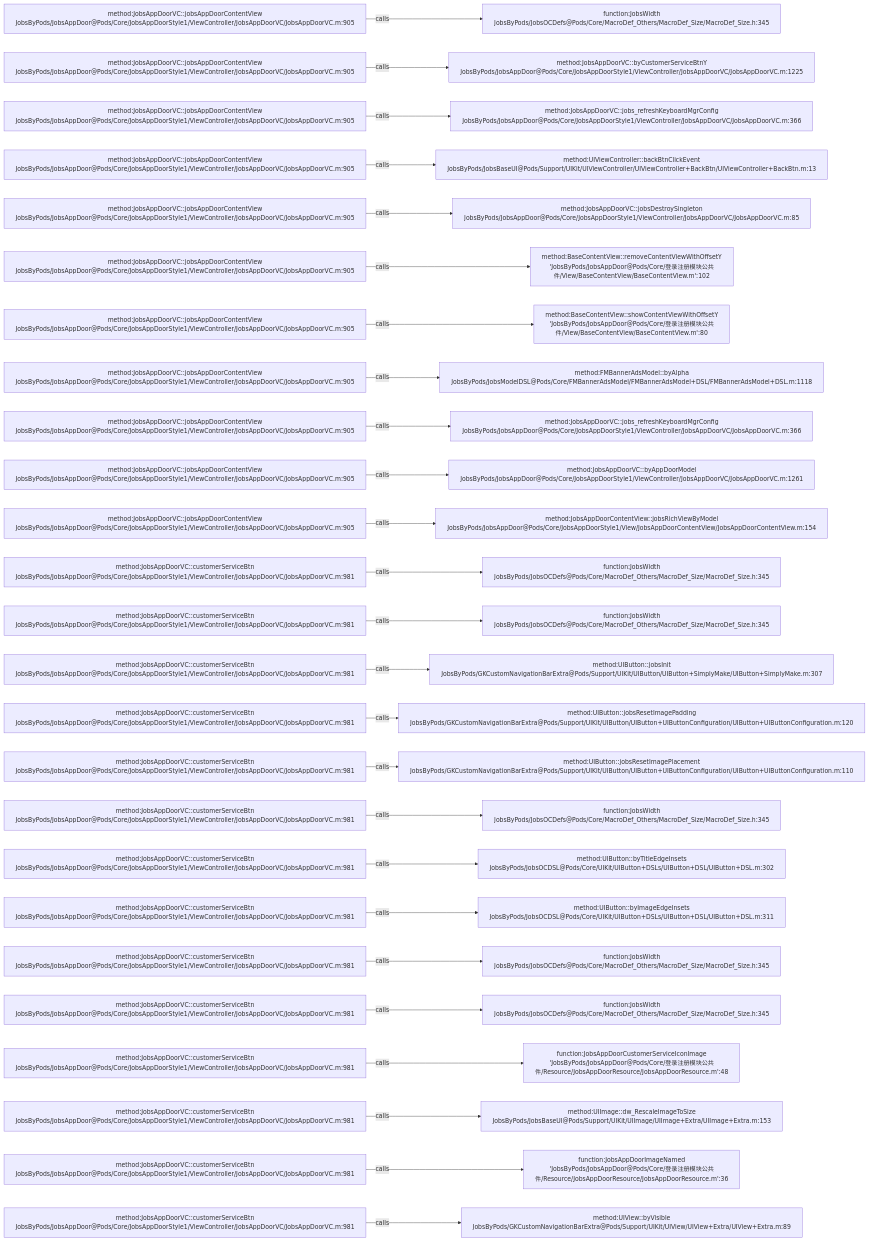
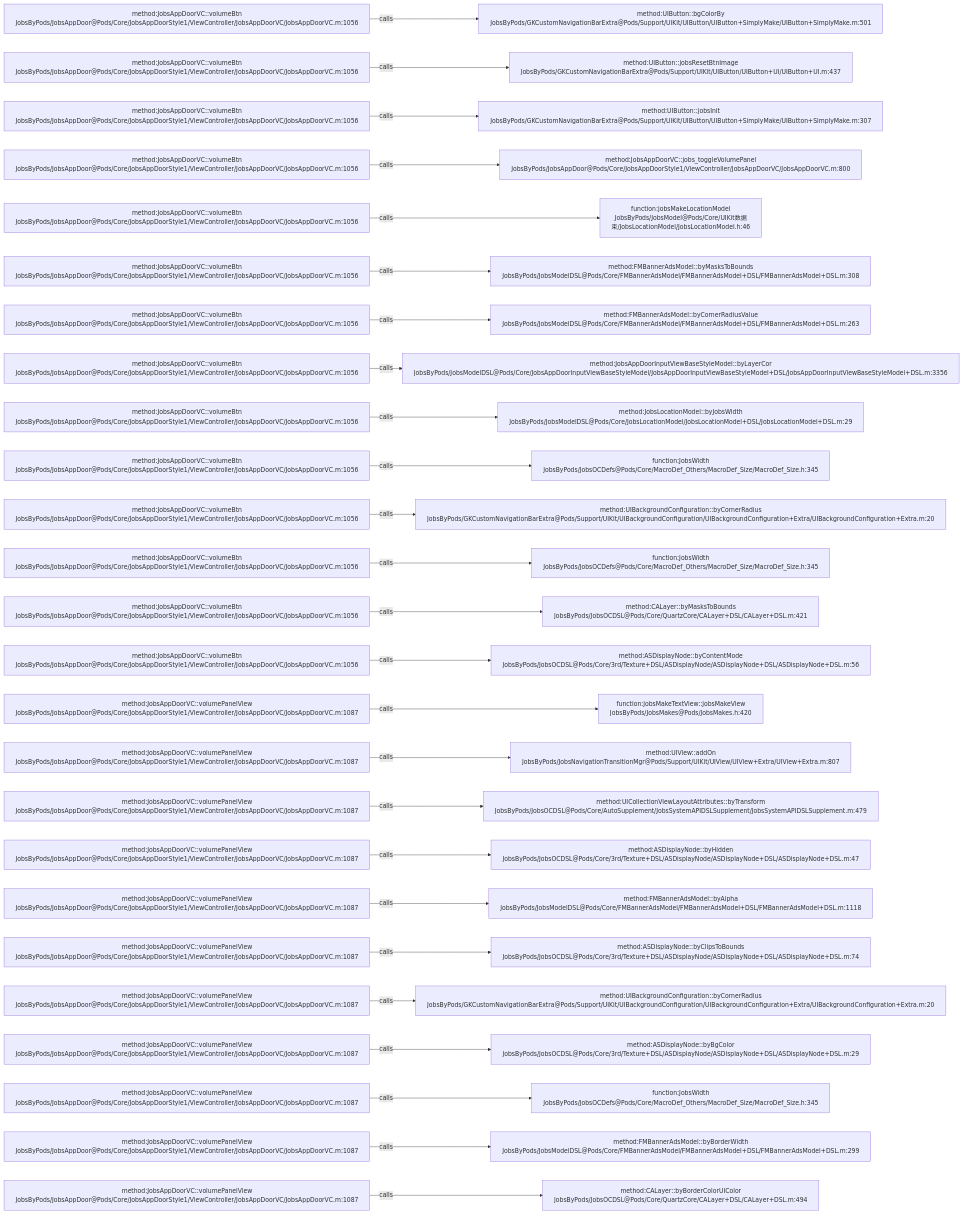
The diagram in .codegraph/codegraph.md/graphs/calls-115.md (JobsKits/JobsOCBaseConfigDemo), drawn with Mermaid before and after one commit. The commit also changed 223 other files, not shown here.

````diff
--- a/.codegraph/codegraph.md/graphs/calls-115.md
+++ b/.codegraph/codegraph.md/graphs/calls-115.md
@@ -13,78 +13,78 @@
 ```mermaid
 flowchart LR
-  S1["method:JobsAppDoorVC::jobsAppDoorContentView<br/>JobsByPods/JobsAppDoor@Pods/Core/JobsAppDoorStyle1/ViewController/JobsAppDoorVC/JobsAppDoorVC.m:905"]
-  T1["function:JobsWidth<br/>JobsByPods/JobsOCDefs@Pods/Core/MacroDef_Others/MacroDef_Size/MacroDef_Size.h:345"]
+  S1["method:JobsAppDoorVC::volumeBtn<br/>JobsByPods/JobsAppDoor@Pods/Core/JobsAppDoorStyle1/ViewController/JobsAppDoorVC/JobsAppDoorVC.m:1056"]
+  T1["method:UIButton::bgColorBy<br/>JobsByPods/GKCustomNavigationBarExtra@Pods/Support/UIKit/UIButton/UIButton+SimplyMake/UIButton+SimplyMake.m:501"]
   S1 -->|calls| T1
-  S2["method:JobsAppDoorVC::jobsAppDoorContentView<br/>JobsByPods/JobsAppDoor@Pods/Core/JobsAppDoorStyle1/ViewController/JobsAppDoorVC/JobsAppDoorVC.m:905"]
-  T2["method:JobsAppDoorVC::byCustomerServiceBtnY<br/>JobsByPods/JobsAppDoor@Pods/Core/JobsAppDoorStyle1/ViewController/JobsAppDoorVC/JobsAppDoorVC.m:1225"]
+  S2["method:JobsAppDoorVC::volumeBtn<br/>JobsByPods/JobsAppDoor@Pods/Core/JobsAppDoorStyle1/ViewController/JobsAppDoorVC/JobsAppDoorVC.m:1056"]
+  T2["method:UIButton::jobsResetBtnImage<br/>JobsByPods/GKCustomNavigationBarExtra@Pods/Support/UIKit/UIButton/UIButton+UI/UIButton+UI.m:437"]
   S2 -->|calls| T2
-  S3["method:JobsAppDoorVC::jobsAppDoorContentView<br/>JobsByPods/JobsAppDoor@Pods/Core/JobsAppDoorStyle1/ViewController/JobsAppDoorVC/JobsAppDoorVC.m:905"]
-  T3["method:JobsAppDoorVC::jobs_refreshKeyboardMgrConfig<br/>JobsByPods/JobsAppDoor@Pods/Core/JobsAppDoorStyle1/ViewController/JobsAppDoorVC/JobsAppDoorVC.m:366"]
+  S3["method:JobsAppDoorVC::volumeBtn<br/>JobsByPods/JobsAppDoor@Pods/Core/JobsAppDoorStyle1/ViewController/JobsAppDoorVC/JobsAppDoorVC.m:1056"]
+  T3["method:UIButton::jobsInit<br/>JobsByPods/GKCustomNavigationBarExtra@Pods/Support/UIKit/UIButton/UIButton+SimplyMake/UIButton+SimplyMake.m:307"]
   S3 -->|calls| T3
-  S4["method:JobsAppDoorVC::jobsAppDoorContentView<br/>JobsByPods/JobsAppDoor@Pods/Core/JobsAppDoorStyle1/ViewController/JobsAppDoorVC/JobsAppDoorVC.m:905"]
-  T4["method:UIViewController::backBtnClickEvent<br/>JobsByPods/JobsBaseUI@Pods/Support/UIKit/UIViewController/UIViewController+BackBtn/UIViewController+BackBtn.m:13"]
+  S4["method:JobsAppDoorVC::volumeBtn<br/>JobsByPods/JobsAppDoor@Pods/Core/JobsAppDoorStyle1/ViewController/JobsAppDoorVC/JobsAppDoorVC.m:1056"]
+  T4["method:JobsAppDoorVC::jobs_toggleVolumePanel<br/>JobsByPods/JobsAppDoor@Pods/Core/JobsAppDoorStyle1/ViewController/JobsAppDoorVC/JobsAppDoorVC.m:800"]
   S4 -->|calls| T4
-  S5["method:JobsAppDoorVC::jobsAppDoorContentView<br/>JobsByPods/JobsAppDoor@Pods/Core/JobsAppDoorStyle1/ViewController/JobsAppDoorVC/JobsAppDoorVC.m:905"]
-  T5["method:JobsAppDoorVC::jobsDestroySingleton<br/>JobsByPods/JobsAppDoor@Pods/Core/JobsAppDoorStyle1/ViewController/JobsAppDoorVC/JobsAppDoorVC.m:85"]
+  S5["method:JobsAppDoorVC::volumeBtn<br/>JobsByPods/JobsAppDoor@Pods/Core/JobsAppDoorStyle1/ViewController/JobsAppDoorVC/JobsAppDoorVC.m:1056"]
+  T5["function:jobsMakeLocationModel<br/>JobsByPods/JobsModel@Pods/Core/UIKit数据束/JobsLocationModel/JobsLocationModel.h:46"]
   S5 -->|calls| T5
-  S6["method:JobsAppDoorVC::jobsAppDoorContentView<br/>JobsByPods/JobsAppDoor@Pods/Core/JobsAppDoorStyle1/ViewController/JobsAppDoorVC/JobsAppDoorVC.m:905"]
-  T6["method:BaseContentView::removeContentViewWithOffsetY<br/>'JobsByPods/JobsAppDoor@Pods/Core/登录注册模块公共件/View/BaseContentView/BaseContentView.m':102"]
+  S6["method:JobsAppDoorVC::volumeBtn<br/>JobsByPods/JobsAppDoor@Pods/Core/JobsAppDoorStyle1/ViewController/JobsAppDoorVC/JobsAppDoorVC.m:1056"]
+  T6["method:FMBannerAdsModel::byMasksToBounds<br/>JobsByPods/JobsModelDSL@Pods/Core/FMBannerAdsModel/FMBannerAdsModel+DSL/FMBannerAdsModel+DSL.m:308"]
   S6 -->|calls| T6
-  S7["method:JobsAppDoorVC::jobsAppDoorContentView<br/>JobsByPods/JobsAppDoor@Pods/Core/JobsAppDoorStyle1/ViewController/JobsAppDoorVC/JobsAppDoorVC.m:905"]
-  T7["method:BaseContentView::showContentViewWithOffsetY<br/>'JobsByPods/JobsAppDoor@Pods/Core/登录注册模块公共件/View/BaseContentView/BaseContentView.m':80"]
+  S7["method:JobsAppDoorVC::volumeBtn<br/>JobsByPods/JobsAppDoor@Pods/Core/JobsAppDoorStyle1/ViewController/JobsAppDoorVC/JobsAppDoorVC.m:1056"]
+  T7["method:FMBannerAdsModel::byCornerRadiusValue<br/>JobsByPods/JobsModelDSL@Pods/Core/FMBannerAdsModel/FMBannerAdsModel+DSL/FMBannerAdsModel+DSL.m:263"]
   S7 -->|calls| T7
-  S8["method:JobsAppDoorVC::jobsAppDoorContentView<br/>JobsByPods/JobsAppDoor@Pods/Core/JobsAppDoorStyle1/ViewController/JobsAppDoorVC/JobsAppDoorVC.m:905"]
-  T8["method:FMBannerAdsModel::byAlpha<br/>JobsByPods/JobsModelDSL@Pods/Core/FMBannerAdsModel/FMBannerAdsModel+DSL/FMBannerAdsModel+DSL.m:1118"]
+  S8["method:JobsAppDoorVC::volumeBtn<br/>JobsByPods/JobsAppDoor@Pods/Core/JobsAppDoorStyle1/ViewController/JobsAppDoorVC/JobsAppDoorVC.m:1056"]
+  T8["method:JobsAppDoorInputViewBaseStyleModel::byLayerCor<br/>JobsByPods/JobsModelDSL@Pods/Core/JobsAppDoorInputViewBaseStyleModel/JobsAppDoorInputViewBaseStyleModel+DSL/JobsAppDoorInputViewBaseStyleModel+DSL.m:3356"]
   S8 -->|calls| T8
-  S9["method:JobsAppDoorVC::jobsAppDoorContentView<br/>JobsByPods/JobsAppDoor@Pods/Core/JobsAppDoorStyle1/ViewController/JobsAppDoorVC/JobsAppDoorVC.m:905"]
-  T9["method:JobsAppDoorVC::jobs_refreshKeyboardMgrConfig<br/>JobsByPods/JobsAppDoor@Pods/Core/JobsAppDoorStyle1/ViewController/JobsAppDoorVC/JobsAppDoorVC.m:366"]
+  S9["method:JobsAppDoorVC::volumeBtn<br/>JobsByPods/JobsAppDoor@Pods/Core/JobsAppDoorStyle1/ViewController/JobsAppDoorVC/JobsAppDoorVC.m:1056"]
+  T9["method:JobsLocationModel::byJobsWidth<br/>JobsByPods/JobsModelDSL@Pods/Core/JobsLocationModel/JobsLocationModel+DSL/JobsLocationModel+DSL.m:29"]
   S9 -->|calls| T9
-  S10["method:JobsAppDoorVC::jobsAppDoorContentView<br/>JobsByPods/JobsAppDoor@Pods/Core/JobsAppDoorStyle1/ViewController/JobsAppDoorVC/JobsAppDoorVC.m:905"]
-  T10["method:JobsAppDoorVC::byAppDoorModel<br/>JobsByPods/JobsAppDoor@Pods/Core/JobsAppDoorStyle1/ViewController/JobsAppDoorVC/JobsAppDoorVC.m:1261"]
+  S10["method:JobsAppDoorVC::volumeBtn<br/>JobsByPods/JobsAppDoor@Pods/Core/JobsAppDoorStyle1/ViewController/JobsAppDoorVC/JobsAppDoorVC.m:1056"]
+  T10["function:JobsWidth<br/>JobsByPods/JobsOCDefs@Pods/Core/MacroDef_Others/MacroDef_Size/MacroDef_Size.h:345"]
   S10 -->|calls| T10
-  S11["method:JobsAppDoorVC::jobsAppDoorContentView<br/>JobsByPods/JobsAppDoor@Pods/Core/JobsAppDoorStyle1/ViewController/JobsAppDoorVC/JobsAppDoorVC.m:905"]
-  T11["method:JobsAppDoorContentView::jobsRichViewByModel<br/>JobsByPods/JobsAppDoor@Pods/Core/JobsAppDoorStyle1/View/JobsAppDoorContentView/JobsAppDoorContentView.m:154"]
+  S11["method:JobsAppDoorVC::volumeBtn<br/>JobsByPods/JobsAppDoor@Pods/Core/JobsAppDoorStyle1/ViewController/JobsAppDoorVC/JobsAppDoorVC.m:1056"]
+  T11["method:UIBackgroundConfiguration::byCornerRadius<br/>JobsByPods/GKCustomNavigationBarExtra@Pods/Support/UIKit/UIBackgroundConfiguration/UIBackgroundConfiguration+Extra/UIBackgroundConfiguration+Extra.m:20"]
   S11 -->|calls| T11
-  S12["method:JobsAppDoorVC::customerServiceBtn<br/>JobsByPods/JobsAppDoor@Pods/Core/JobsAppDoorStyle1/ViewController/JobsAppDoorVC/JobsAppDoorVC.m:981"]
+  S12["method:JobsAppDoorVC::volumeBtn<br/>JobsByPods/JobsAppDoor@Pods/Core/JobsAppDoorStyle1/ViewController/JobsAppDoorVC/JobsAppDoorVC.m:1056"]
   T12["function:JobsWidth<br/>JobsByPods/JobsOCDefs@Pods/Core/MacroDef_Others/MacroDef_Size/MacroDef_Size.h:345"]
   S12 -->|calls| T12
-  S13["method:JobsAppDoorVC::customerServiceBtn<br/>JobsByPods/JobsAppDoor@Pods/Core/JobsAppDoorStyle1/ViewController/JobsAppDoorVC/JobsAppDoorVC.m:981"]
-  T13["function:JobsWidth<br/>JobsByPods/JobsOCDefs@Pods/Core/MacroDef_Others/MacroDef_Size/MacroDef_Size.h:345"]
+  S13["method:JobsAppDoorVC::volumeBtn<br/>JobsByPods/JobsAppDoor@Pods/Core/JobsAppDoorStyle1/ViewController/JobsAppDoorVC/JobsAppDoorVC.m:1056"]
+  T13["method:CALayer::byMasksToBounds<br/>JobsByPods/JobsOCDSL@Pods/Core/QuartzCore/CALayer+DSL/CALayer+DSL.m:421"]
   S13 -->|calls| T13
-  S14["method:JobsAppDoorVC::customerServiceBtn<br/>JobsByPods/JobsAppDoor@Pods/Core/JobsAppDoorStyle1/ViewController/JobsAppDoorVC/JobsAppDoorVC.m:981"]
-  T14["method:UIButton::jobsInit<br/>JobsByPods/GKCustomNavigationBarExtra@Pods/Support/UIKit/UIButton/UIButton+SimplyMake/UIButton+SimplyMake.m:307"]
+  S14["method:JobsAppDoorVC::volumeBtn<br/>JobsByPods/JobsAppDoor@Pods/Core/JobsAppDoorStyle1/ViewController/JobsAppDoorVC/JobsAppDoorVC.m:1056"]
+  T14["method:ASDisplayNode::byContentMode<br/>JobsByPods/JobsOCDSL@Pods/Core/3rd/Texture+DSL/ASDisplayNode/ASDisplayNode+DSL/ASDisplayNode+DSL.m:56"]
   S14 -->|calls| T14
-  S15["method:JobsAppDoorVC::customerServiceBtn<br/>JobsByPods/JobsAppDoor@Pods/Core/JobsAppDoorStyle1/ViewController/JobsAppDoorVC/JobsAppDoorVC.m:981"]
-  T15["method:UIButton::jobsResetImagePadding<br/>JobsByPods/GKCustomNavigationBarExtra@Pods/Support/UIKit/UIButton/UIButton+UIButtonConfiguration/UIButton+UIButtonConfiguration.m:120"]
+  S15["method:JobsAppDoorVC::volumePanelView<br/>JobsByPods/JobsAppDoor@Pods/Core/JobsAppDoorStyle1/ViewController/JobsAppDoorVC/JobsAppDoorVC.m:1087"]
+  T15["function:jobsMakeTextView::jobsMakeView<br/>JobsByPods/JobsMakes@Pods/JobsMakes.h:420"]
   S15 -->|calls| T15
-  S16["method:JobsAppDoorVC::customerServiceBtn<br/>JobsByPods/JobsAppDoor@Pods/Core/JobsAppDoorStyle1/ViewController/JobsAppDoorVC/JobsAppDoorVC.m:981"]
-  T16["method:UIButton::jobsResetImagePlacement<br/>JobsByPods/GKCustomNavigationBarExtra@Pods/Support/UIKit/UIButton/UIButton+UIButtonConfiguration/UIButton+UIButtonConfiguration.m:110"]
+  S16["method:JobsAppDoorVC::volumePanelView<br/>JobsByPods/JobsAppDoor@Pods/Core/JobsAppDoorStyle1/ViewController/JobsAppDoorVC/JobsAppDoorVC.m:1087"]
+  T16["method:UIView::addOn<br/>JobsByPods/JobsNavigationTransitionMgr@Pods/Support/UIKit/UIView/UIView+Extra/UIView+Extra.m:807"]
   S16 -->|calls| T16
-  S17["method:JobsAppDoorVC::customerServiceBtn<br/>JobsByPods/JobsAppDoor@Pods/Core/JobsAppDoorStyle1/ViewController/JobsAppDoorVC/JobsAppDoorVC.m:981"]
-  T17["function:JobsWidth<br/>JobsByPods/JobsOCDefs@Pods/Core/MacroDef_Others/MacroDef_Size/MacroDef_Size.h:345"]
+  S17["method:JobsAppDoorVC::volumePanelView<br/>JobsByPods/JobsAppDoor@Pods/Core/JobsAppDoorStyle1/ViewController/JobsAppDoorVC/JobsAppDoorVC.m:1087"]
+  T17["method:UICollectionViewLayoutAttributes::byTransform<br/>JobsByPods/JobsOCDSL@Pods/Core/AutoSupplement/JobsSystemAPIDSLSupplement/JobsSystemAPIDSLSupplement.m:479"]
   S17 -->|calls| T17
-  S18["method:JobsAppDoorVC::customerServiceBtn<br/>JobsByPods/JobsAppDoor@Pods/Core/JobsAppDoorStyle1/ViewController/JobsAppDoorVC/JobsAppDoorVC.m:981"]
-  T18["method:UIButton::byTitleEdgeInsets<br/>JobsByPods/JobsOCDSL@Pods/Core/UIKit/UIButton+DSLs/UIButton+DSL/UIButton+DSL.m:302"]
+  S18["method:JobsAppDoorVC::volumePanelView<br/>JobsByPods/JobsAppDoor@Pods/Core/JobsAppDoorStyle1/ViewController/JobsAppDoorVC/JobsAppDoorVC.m:1087"]
+  T18["method:ASDisplayNode::byHidden<br/>JobsByPods/JobsOCDSL@Pods/Core/3rd/Texture+DSL/ASDisplayNode/ASDisplayNode+DSL/ASDisplayNode+DSL.m:47"]
   S18 -->|calls| T18
-  S19["method:JobsAppDoorVC::customerServiceBtn<br/>JobsByPods/JobsAppDoor@Pods/Core/JobsAppDoorStyle1/ViewController/JobsAppDoorVC/JobsAppDoorVC.m:981"]
-  T19["method:UIButton::byImageEdgeInsets<br/>JobsByPods/JobsOCDSL@Pods/Core/UIKit/UIButton+DSLs/UIButton+DSL/UIButton+DSL.m:311"]
+  S19["method:JobsAppDoorVC::volumePanelView<br/>JobsByPods/JobsAppDoor@Pods/Core/JobsAppDoorStyle1/ViewController/JobsAppDoorVC/JobsAppDoorVC.m:1087"]
+  T19["method:FMBannerAdsModel::byAlpha<br/>JobsByPods/JobsModelDSL@Pods/Core/FMBannerAdsModel/FMBannerAdsModel+DSL/FMBannerAdsModel+DSL.m:1118"]
   S19 -->|calls| T19
-  S20["method:JobsAppDoorVC::customerServiceBtn<br/>JobsByPods/JobsAppDoor@Pods/Core/JobsAppDoorStyle1/ViewController/JobsAppDoorVC/JobsAppDoorVC.m:981"]
-  T20["function:JobsWidth<br/>JobsByPods/JobsOCDefs@Pods/Core/MacroDef_Others/MacroDef_Size/MacroDef_Size.h:345"]
+  S20["method:JobsAppDoorVC::volumePanelView<br/>JobsByPods/JobsAppDoor@Pods/Core/JobsAppDoorStyle1/ViewController/JobsAppDoorVC/JobsAppDoorVC.m:1087"]
+  T20["method:ASDisplayNode::byClipsToBounds<br/>JobsByPods/JobsOCDSL@Pods/Core/3rd/Texture+DSL/ASDisplayNode/ASDisplayNode+DSL/ASDisplayNode+DSL.m:74"]
   S20 -->|calls| T20
-  S21["method:JobsAppDoorVC::customerServiceBtn<br/>JobsByPods/JobsAppDoor@Pods/Core/JobsAppDoorStyle1/ViewController/JobsAppDoorVC/JobsAppDoorVC.m:981"]
-  T21["function:JobsWidth<br/>JobsByPods/JobsOCDefs@Pods/Core/MacroDef_Others/MacroDef_Size/MacroDef_Size.h:345"]
+  S21["method:JobsAppDoorVC::volumePanelView<br/>JobsByPods/JobsAppDoor@Pods/Core/JobsAppDoorStyle1/ViewController/JobsAppDoorVC/JobsAppDoorVC.m:1087"]
+  T21["method:UIBackgroundConfiguration::byCornerRadius<br/>JobsByPods/GKCustomNavigationBarExtra@Pods/Support/UIKit/UIBackgroundConfiguration/UIBackgroundConfiguration+Extra/UIBackgroundConfiguration+Extra.m:20"]
   S21 -->|calls| T21
-  S22["method:JobsAppDoorVC::customerServiceBtn<br/>JobsByPods/JobsAppDoor@Pods/Core/JobsAppDoorStyle1/ViewController/JobsAppDoorVC/JobsAppDoorVC.m:981"]
-  T22["function:JobsAppDoorCustomerServiceIconImage<br/>'JobsByPods/JobsAppDoor@Pods/Core/登录注册模块公共件/Resource/JobsAppDoorResource/JobsAppDoorResource.m':48"]
+  S22["method:JobsAppDoorVC::volumePanelView<br/>JobsByPods/JobsAppDoor@Pods/Core/JobsAppDoorStyle1/ViewController/JobsAppDoorVC/JobsAppDoorVC.m:1087"]
+  T22["method:ASDisplayNode::byBgColor<br/>JobsByPods/JobsOCDSL@Pods/Core/3rd/Texture+DSL/ASDisplayNode/ASDisplayNode+DSL/ASDisplayNode+DSL.m:29"]
   S22 -->|calls| T22
-  S23["method:JobsAppDoorVC::customerServiceBtn<br/>JobsByPods/JobsAppDoor@Pods/Core/JobsAppDoorStyle1/ViewController/JobsAppDoorVC/JobsAppDoorVC.m:981"]
-  T23["method:UIImage::dw_RescaleImageToSize<br/>JobsByPods/JobsBaseUI@Pods/Support/UIKit/UIImage/UIImage+Extra/UIImage+Extra.m:153"]
+  S23["method:JobsAppDoorVC::volumePanelView<br/>JobsByPods/JobsAppDoor@Pods/Core/JobsAppDoorStyle1/ViewController/JobsAppDoorVC/JobsAppDoorVC.m:1087"]
+  T23["function:JobsWidth<br/>JobsByPods/JobsOCDefs@Pods/Core/MacroDef_Others/MacroDef_Size/MacroDef_Size.h:345"]
   S23 -->|calls| T23
-  S24["method:JobsAppDoorVC::customerServiceBtn<br/>JobsByPods/JobsAppDoor@Pods/Core/JobsAppDoorStyle1/ViewController/JobsAppDoorVC/JobsAppDoorVC.m:981"]
-  T24["function:JobsAppDoorImageNamed<br/>'JobsByPods/JobsAppDoor@Pods/Core/登录注册模块公共件/Resource/JobsAppDoorResource/JobsAppDoorResource.m':36"]
+  S24["method:JobsAppDoorVC::volumePanelView<br/>JobsByPods/JobsAppDoor@Pods/Core/JobsAppDoorStyle1/ViewController/JobsAppDoorVC/JobsAppDoorVC.m:1087"]
+  T24["method:FMBannerAdsModel::byBorderWidth<br/>JobsByPods/JobsModelDSL@Pods/Core/FMBannerAdsModel/FMBannerAdsModel+DSL/FMBannerAdsModel+DSL.m:299"]
   S24 -->|calls| T24
-  S25["method:JobsAppDoorVC::customerServiceBtn<br/>JobsByPods/JobsAppDoor@Pods/Core/JobsAppDoorStyle1/ViewController/JobsAppDoorVC/JobsAppDoorVC.m:981"]
-  T25["method:UIView::byVisible<br/>JobsByPods/GKCustomNavigationBarExtra@Pods/Support/UIKit/UIView/UIView+Extra/UIView+Extra.m:89"]
+  S25["method:JobsAppDoorVC::volumePanelView<br/>JobsByPods/JobsAppDoor@Pods/Core/JobsAppDoorStyle1/ViewController/JobsAppDoorVC/JobsAppDoorVC.m:1087"]
+  T25["method:CALayer::byBorderColorUIColor<br/>JobsByPods/JobsOCDSL@Pods/Core/QuartzCore/CALayer+DSL/CALayer+DSL.m:494"]
   S25 -->|calls| T25
 ```
````
